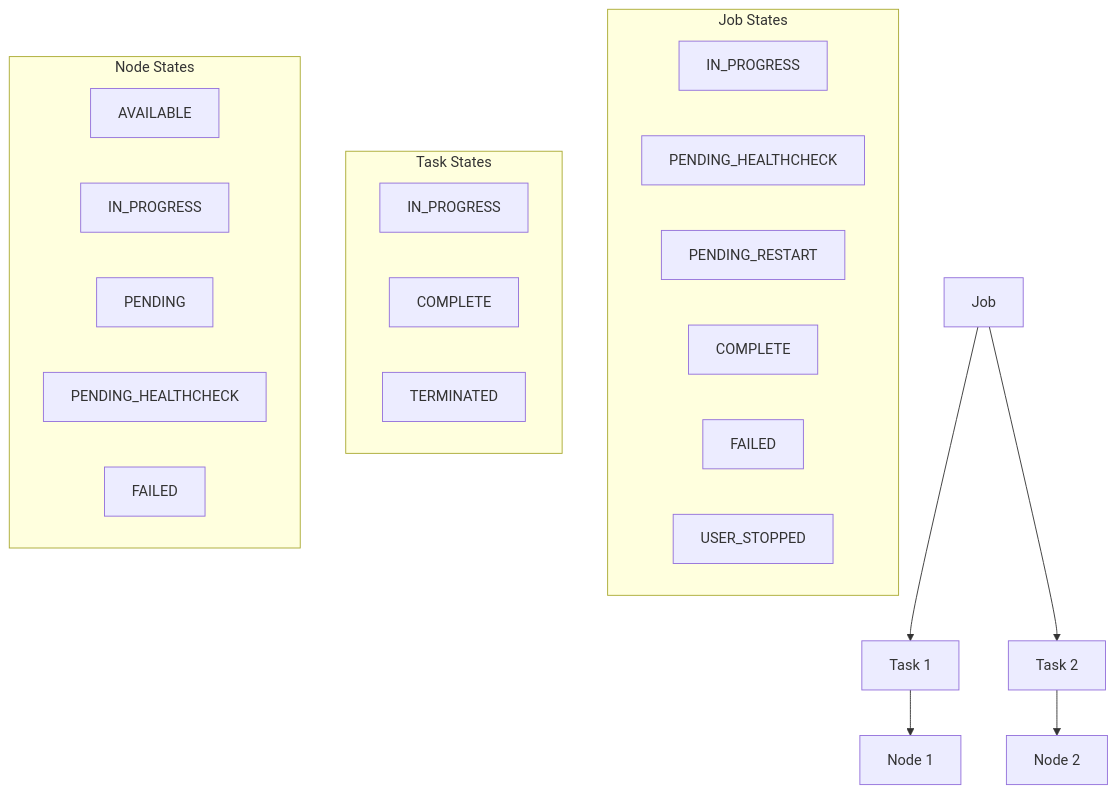
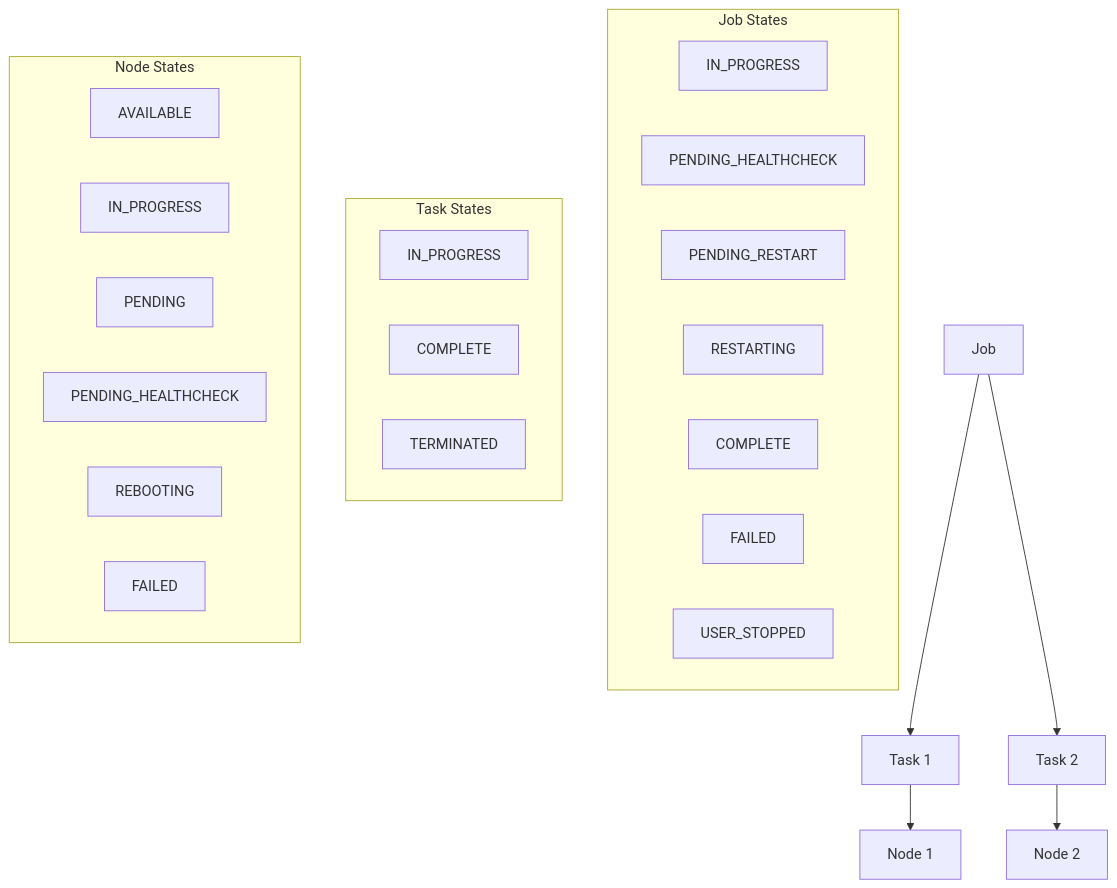
The first of 2 diagrams in docs/state_graphs_summary.md (yubingjiaocn/ecs-gpu-recovery), drawn with Mermaid before and after one commit. The commit also changed other lines of this file and 8 other files, not shown here.

````diff
--- a/docs/state_graphs_summary.md
+++ b/docs/state_graphs_summary.md
@@ -7,30 +9,32 @@
 ```mermaid
 flowchart TD
     Job[Job] --> Task1[Task 1]
     Job --> Task2[Task 2]
     Task1 --> Node1[Node 1]
     Task2 --> Node2[Node 2]
 
     subgraph "Job States"
     JS1[IN_PROGRESS]
     JS2[PENDING_HEALTHCHECK]
     JS3[PENDING_RESTART]
-    JS4[COMPLETE]
-    JS5[FAILED]
-    JS6[USER_STOPPED]
+    JS4[RESTARTING]
+    JS5[COMPLETE]
+    JS6[FAILED]
+    JS7[USER_STOPPED]
     end
 
     subgraph "Task States"
     TS1[IN_PROGRESS]
     TS2[COMPLETE]
     TS3[TERMINATED]
     end
 
     subgraph "Node States"
     NS1[AVAILABLE]
     NS2[IN_PROGRESS]
     NS3[PENDING]
     NS4[PENDING_HEALTHCHECK]
-    NS5[FAILED]
+    NS5[REBOOTING]
+    NS6[FAILED]
     end
 ```
````
